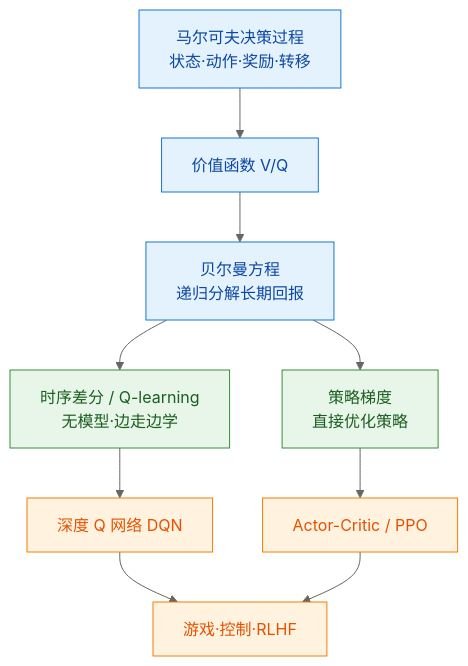
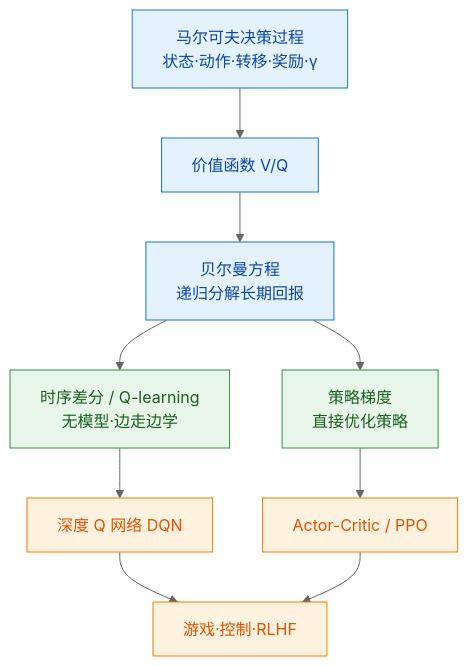
The diagram in docs/07-强化学习/000-分类总览与知识图谱.md (HarveyWebLee/ai-docs), drawn with Mermaid (neutral theme) before and after one commit. The commit also changed other lines of this file and 9 other files, not shown here.

````diff
--- a/docs/07-强化学习/000-分类总览与知识图谱.md
+++ b/docs/07-强化学习/000-分类总览与知识图谱.md
@@ -24,18 +24,18 @@
 ```mermaid
 graph TD
-  MDP["马尔可夫决策过程<br/>状态·动作·奖励·转移"] --> Value["价值函数 V/Q"]
+  MDP["马尔可夫决策过程<br/>状态·动作·转移·奖励·γ"] --> Value["价值函数 V/Q"]
   Value --> Bellman["贝尔曼方程<br/>递归分解长期回报"]
   Bellman --> TD["时序差分 / Q-learning<br/>无模型·边走边学"]
   Bellman --> PG["策略梯度<br/>直接优化策略"]
   TD --> DQN["深度 Q 网络 DQN"]
   PG --> AC["Actor-Critic / PPO"]
   DQN --> App["游戏·控制·RLHF"]
   AC --> App
 
   classDef base fill:#e3f2fd,stroke:#1976d2,color:#0d47a1;
   classDef method fill:#e8f5e9,stroke:#388e3c,color:#1b5e20;
   classDef deep fill:#fff3e0,stroke:#f57c00,color:#e65100;
   class MDP,Value,Bellman base;
   class TD,PG method;
   class DQN,AC,App deep;
 ```
````
